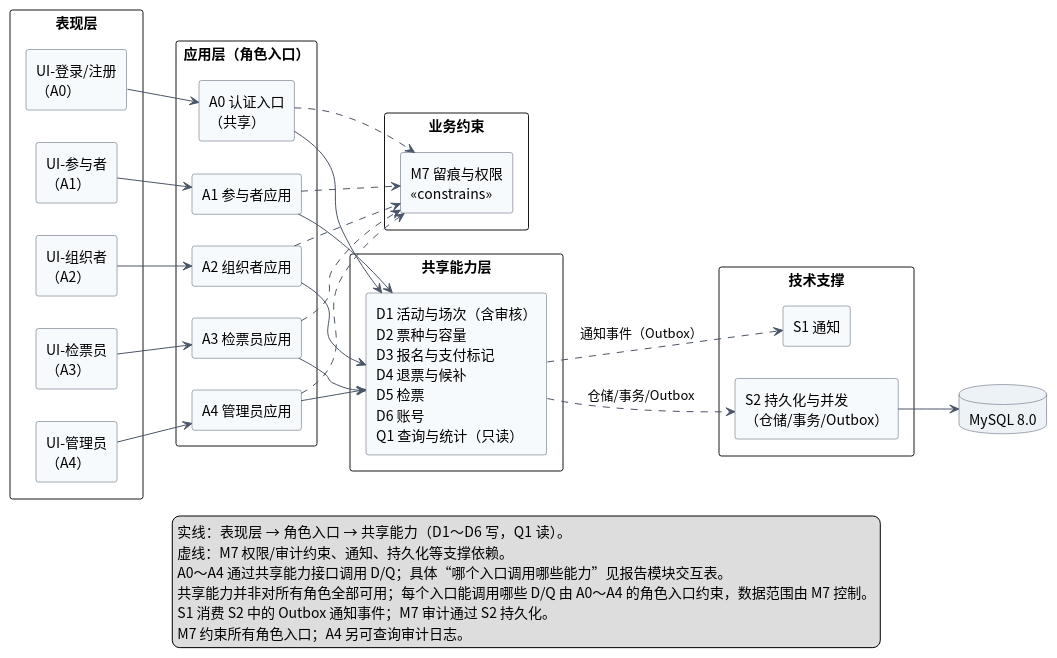
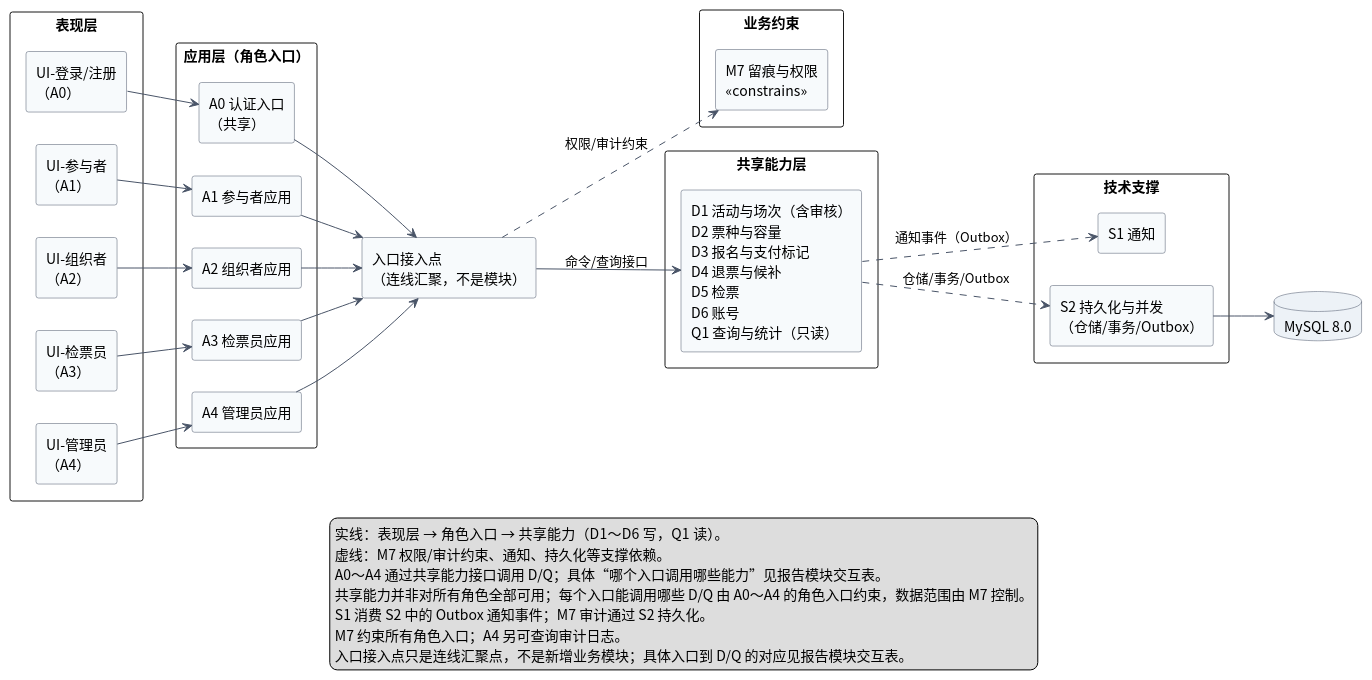
One commit to Lewis-44-China/se-lab1-requirements changed the diagram in lab2/UML/UML组件图.puml. Above: the diagram before and after it, drawn with PlantUML. The commit also changed 4 other files, not shown here.

```diff
--- a/lab2/UML/UML组件图.puml
+++ b/lab2/UML/UML组件图.puml
@@ -1,84 +1,82 @@
 @startuml UML组件图
 ' 实验二：活动票务与报名系统 组件图（总体架构）
 ' 设计原则：角色入口 + 共享能力 + 业务约束 + 技术支撑。
 ' 具体“哪个入口调用哪些 D/Q 能力”见报告模块交互表；
 ' 领域模块之间的依赖见 UML组件图_领域依赖.puml。
 left to right direction
 skinparam componentStyle rectangle
 skinparam defaultFontName "Noto Sans CJK SC"
 skinparam shadowing false
 skinparam packageStyle rectangle
 skinparam ArrowColor #4A5568
 skinparam nodesep 32
 skinparam ranksep 55
 skinparam component {
   BackgroundColor #F7FAFC
   BorderColor #4A5568
 }
 skinparam database {
   BackgroundColor #EDF2F7
   BorderColor #4A5568
 }
 
 package "表现层" {
   [UI-登录/注册\n（A0）] as U0
   [UI-参与者\n（A1）] as U1
   [UI-组织者\n（A2）] as U2
   [UI-检票员\n（A3）] as U3
   [UI-管理员\n（A4）] as U4
 }
 package "应用层（角色入口）" {
   [A0 认证入口\n（共享）] as A0
   [A1 参与者应用] as A1
   [A2 组织者应用] as A2
   [A3 检票员应用] as A3
   [A4 管理员应用] as A4
 }
+[入口接入点\n（连线汇聚，不是模块）] as ENTRY
 package "业务约束" {
   [M7 留痕与权限\n<<constrains>>] as M7
 }
 package "共享能力层" {
   [D1 活动与场次（含审核）\nD2 票种与容量\nD3 报名与支付标记\nD4 退票与候补\nD5 检票\nD6 账号\nQ1 查询与统计（只读）] as CAP
 }
 package "技术支撑" {
   [S1 通知] as S1
   [S2 持久化与并发\n（仓储/事务/Outbox）] as S2
 }
 database "MySQL 8.0" as DB
 
 ' 表现层到角色入口
 U0 --> A0
 U1 --> A1
 U2 --> A2
 U3 --> A3
 U4 --> A4
 
-' 角色入口到共享能力
-A0 --> CAP
-A1 --> CAP
-A2 --> CAP
-A3 --> CAP
-A4 --> CAP
+' 角色入口汇聚
+A0 --> ENTRY
+A1 --> ENTRY
+A2 --> ENTRY
+A3 --> ENTRY
+A4 --> ENTRY
 
-' M7 约束所有角色入口
-A0 ..> M7
-A1 ..> M7
-A2 ..> M7
-A3 ..> M7
-A4 ..> M7
+ENTRY --> CAP : 命令/查询接口
+ENTRY ..> M7 : 权限/审计约束
 
 ' 通知与持久化
 CAP ..> S1 : 通知事件（Outbox）
 CAP ..> S2 : 仓储/事务/Outbox
 S2 --> DB
 
 legend bottom
   实线：表现层 → 角色入口 → 共享能力（D1～D6 写，Q1 读）。
   虚线：M7 权限/审计约束、通知、持久化等支撑依赖。
   A0～A4 通过共享能力接口调用 D/Q；具体“哪个入口调用哪些能力”见报告模块交互表。
   共享能力并非对所有角色全部可用；每个入口能调用哪些 D/Q 由 A0～A4 的角色入口约束，数据范围由 M7 控制。
   S1 消费 S2 中的 Outbox 通知事件；M7 审计通过 S2 持久化。
   M7 约束所有角色入口；A4 另可查询审计日志。
+  入口接入点只是连线汇聚点，不是新增业务模块；具体入口到 D/Q 的对应见报告模块交互表。
 endlegend
 
 @enduml
```
